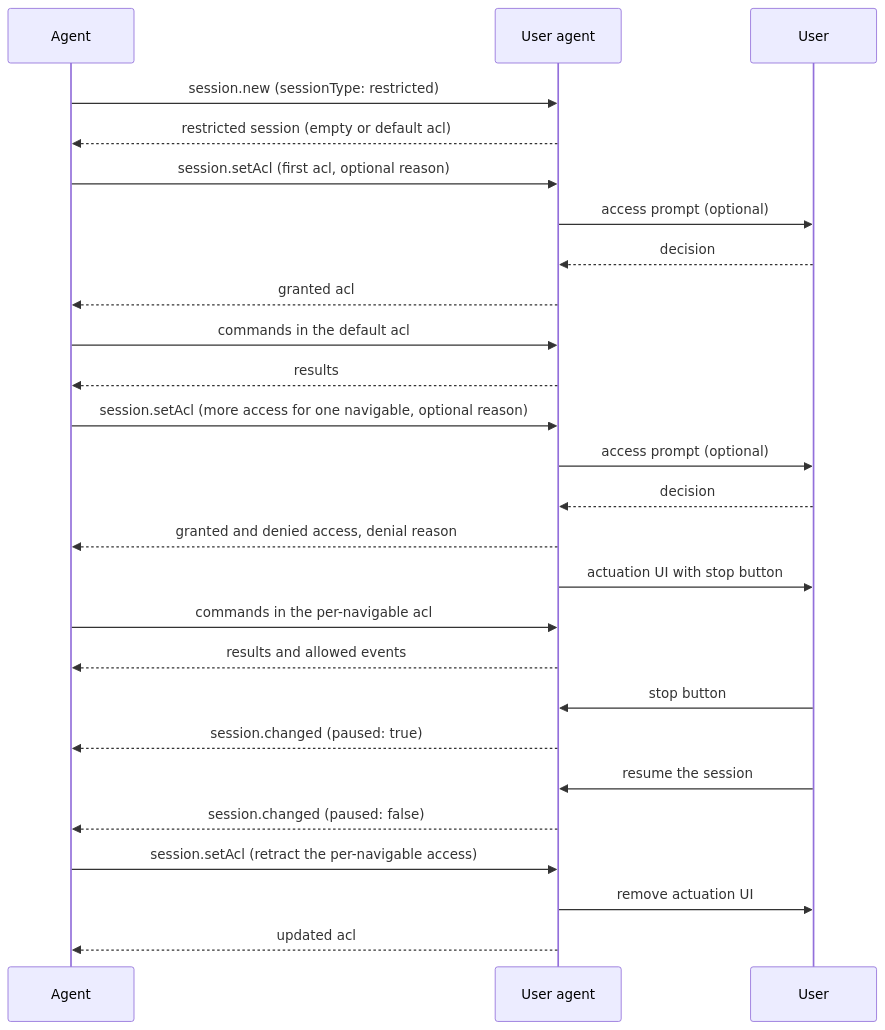
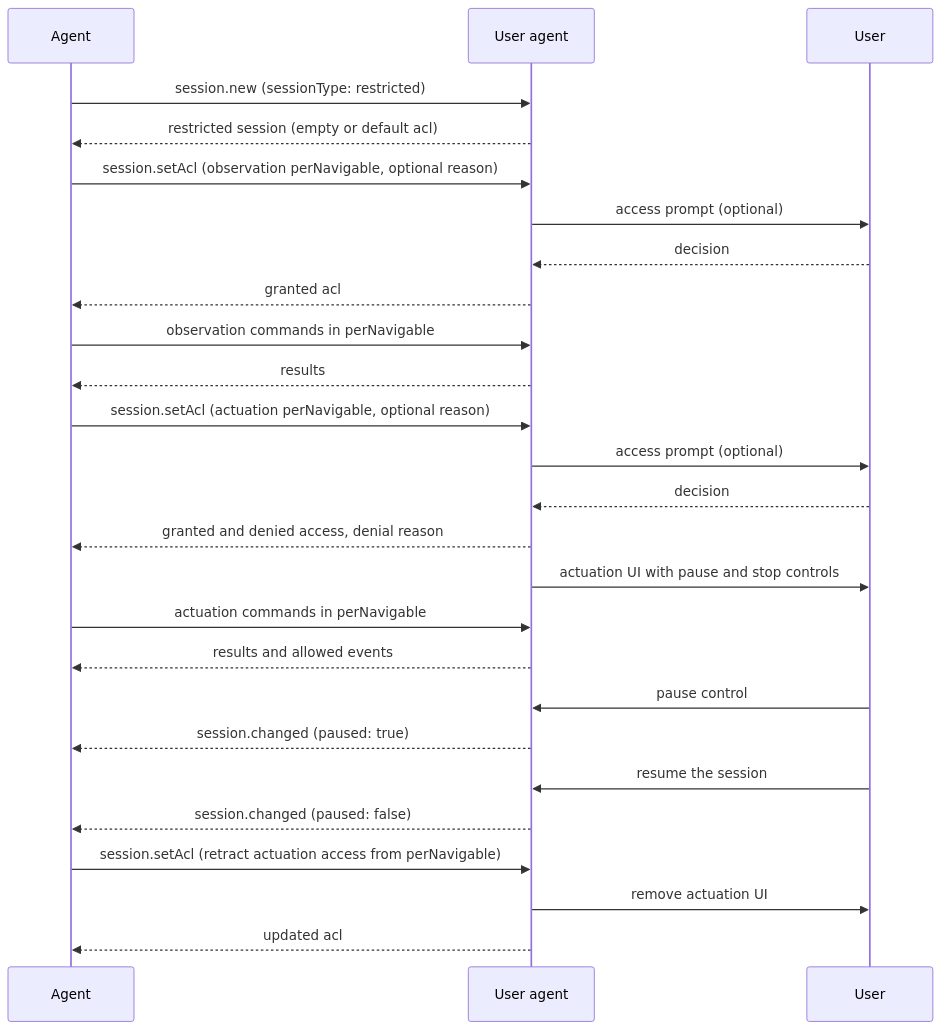
The diagram in explainers/restricted-sessions.md (WICG/agentic-webdriver-bidi), drawn with Mermaid before and after one commit. The commit also changed other lines of this file and 4 other files, not shown here.

First line of the commit message:
Update ACL model per latest security + use cases (#52)

````diff
--- a/explainers/restricted-sessions.md
+++ b/explainers/restricted-sessions.md
@@ -107,29 +108,29 @@
 ```mermaid
 sequenceDiagram
     participant Agent
     participant UA as User agent
     participant User
 
     Agent->>UA: session.new (sessionType: restricted)
     UA-->>Agent: restricted session (empty or default acl)
-    Agent->>UA: session.setAcl (first acl, optional reason)
+    Agent->>UA: session.setAcl (observation perNavigable, optional reason)
     UA->>User: access prompt (optional)
     User-->>UA: decision
     UA-->>Agent: granted acl
-    Agent->>UA: commands in the default acl
+    Agent->>UA: observation commands in perNavigable
     UA-->>Agent: results
-    Agent->>UA: session.setAcl (more access for one navigable, optional reason)
+    Agent->>UA: session.setAcl (actuation perNavigable, optional reason)
     UA->>User: access prompt (optional)
     User-->>UA: decision
     UA-->>Agent: granted and denied access, denial reason
-    UA->>User: actuation UI with stop button
-    Agent->>UA: commands in the per-navigable acl
+    UA->>User: actuation UI with pause and stop controls
+    Agent->>UA: actuation commands in perNavigable
     UA-->>Agent: results and allowed events
-    User->>UA: stop button
+    User->>UA: pause control
     UA-->>Agent: session.changed (paused: true)
     User->>UA: resume the session
     UA-->>Agent: session.changed (paused: false)
-    Agent->>UA: session.setAcl (retract the per-navigable access)
+    Agent->>UA: session.setAcl (retract actuation access from perNavigable)
     UA->>User: remove actuation UI
     UA-->>Agent: updated acl
 ```
````
